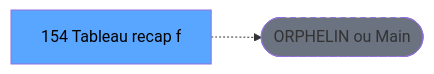
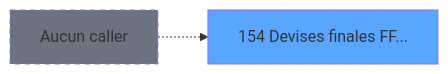
The second of 3 diagrams in .openspec/specs/ADH-IDE-154.md (thonyAGP/magic-migration), drawn with Mermaid before and after one commit. The commit also changed other lines of this file and 311 other files, not shown here.

````diff
--- a/.openspec/specs/ADH-IDE-154.md
+++ b/.openspec/specs/ADH-IDE-154.md
@@ -144,8 +151,8 @@
 ```mermaid
 graph LR
-    T[154 Tableau recap f]
-    ORPHAN([ORPHELIN ou Main])
-    T -.-> ORPHAN
-    style T fill:#58a6ff,color:#000
-    style ORPHAN fill:#6b7280,stroke-dasharray: 5 5
+    T154[154 Devises finales FF...]
+    style T154 fill:#58a6ff
+    NONE[Aucun caller]
+    NONE -.-> T154
+    style NONE fill:#6b7280,stroke-dasharray: 5 5
 ```
````
